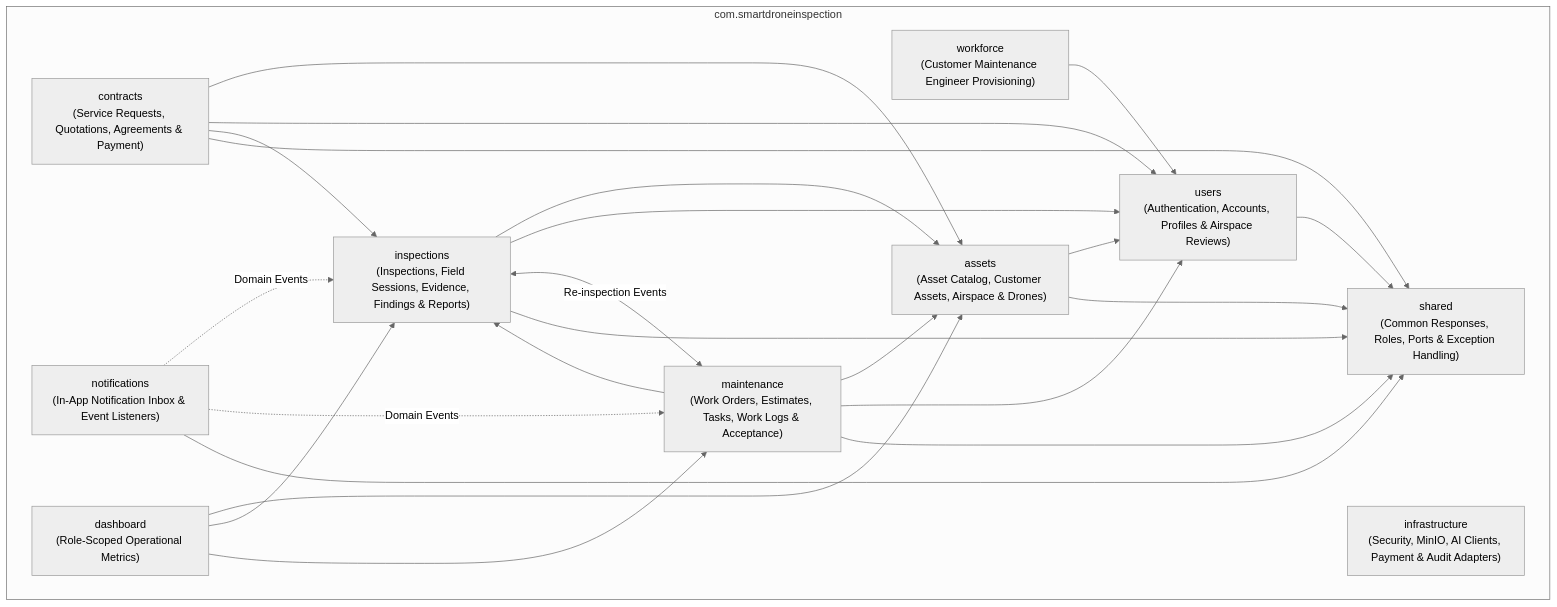
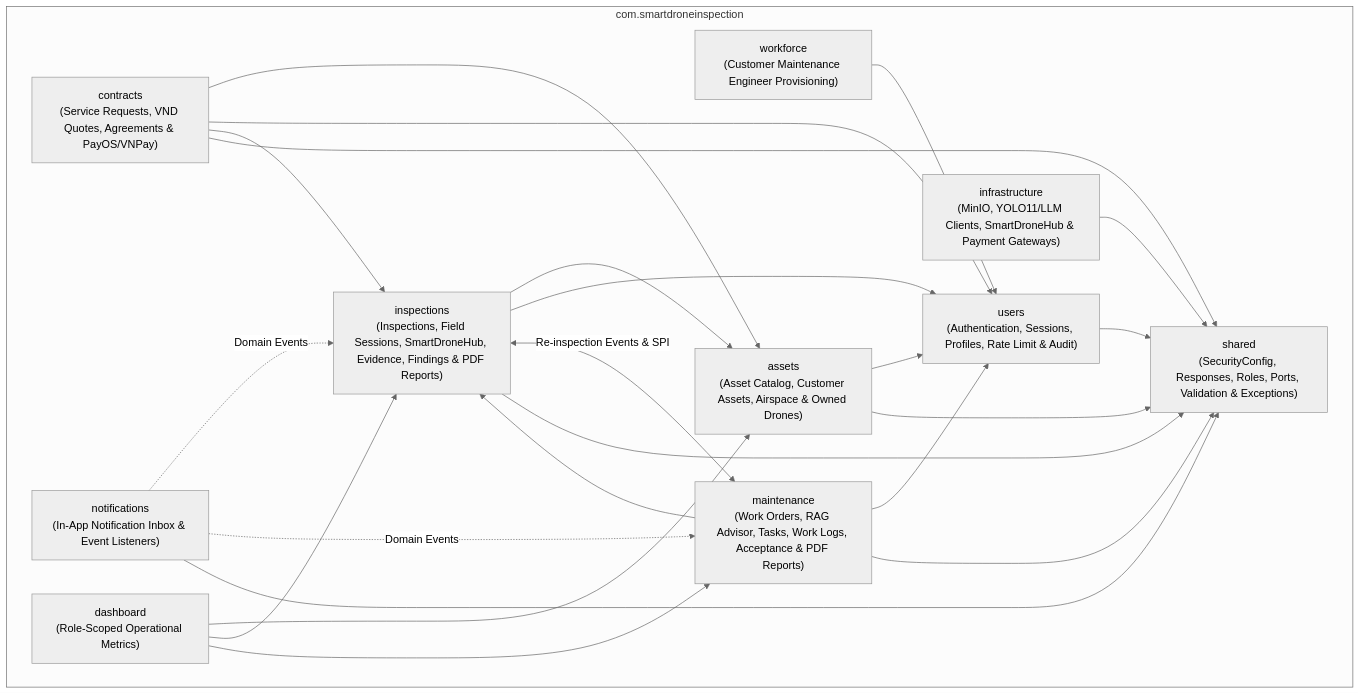
One commit to tungbach12/SmartDroneInspection-Docs changed the second of 4 diagrams in reports/report-4-software-design-document/01-system-design.md. Above: the diagram before and after it, drawn with Mermaid (neutral theme). The commit also changed other lines of this file and 132 other files, not shown here.

````diff
--- a/reports/report-4-software-design-document/01-system-design.md
+++ b/reports/report-4-software-design-document/01-system-design.md
@@ -91,39 +96,39 @@
 ```mermaid
 %% title: Backend Subsystem Package Diagram
 flowchart TD
   subgraph RootPkg["com.smartdroneinspection"]
-    USERS["users\n(Authentication, Accounts, Profiles & Airspace Reviews)"]
+    USERS["users\n(Authentication, Sessions, Profiles, Rate Limit & Audit)"]
     WORKFORCE["workforce\n(Customer Maintenance Engineer Provisioning)"]
-    CONTRACTS["contracts\n(Service Requests, Quotations, Agreements & Payment)"]
-    ASSETS["assets\n(Asset Catalog, Customer Assets, Airspace & Drones)"]
-    INSPECTIONS["inspections\n(Inspections, Field Sessions, Evidence, Findings & Reports)"]
-    MAINTENANCE["maintenance\n(Work Orders, Estimates, Tasks, Work Logs & Acceptance)"]
+    CONTRACTS["contracts\n(Service Requests, VND Quotes, Agreements & PayOS/VNPay)"]
+    ASSETS["assets\n(Asset Catalog, Customer Assets, Airspace & Owned Drones)"]
+    INSPECTIONS["inspections\n(Inspections, Field Sessions, SmartDroneHub, Evidence, Findings & PDF Reports)"]
+    MAINTENANCE["maintenance\n(Work Orders, RAG Advisor, Tasks, Work Logs, Acceptance & PDF Reports)"]
     NOTIFICATIONS["notifications\n(In-App Notification Inbox & Event Listeners)"]
     DASHBOARD["dashboard\n(Role-Scoped Operational Metrics)"]
-    INFRASTRUCTURE["infrastructure\n(Security, MinIO, AI Clients, Payment & Audit Adapters)"]
-    SHARED["shared\n(Common Responses, Roles, Ports & Exception Handling)"]
+    INFRASTRUCTURE["infrastructure\n(MinIO, YOLO11/LLM Clients, SmartDroneHub & Payment Gateways)"]
+    SHARED["shared\n(SecurityConfig, Responses, Roles, Ports, Validation & Exceptions)"]
   end
 
   WORKFORCE --> USERS
   CONTRACTS --> ASSETS
   CONTRACTS --> USERS
   CONTRACTS --> INSPECTIONS
   ASSETS --> USERS
   INSPECTIONS --> ASSETS
   INSPECTIONS --> USERS
   MAINTENANCE --> INSPECTIONS
-  MAINTENANCE --> ASSETS
   MAINTENANCE --> USERS
   NOTIFICATIONS -.->|"Domain Events"| INSPECTIONS
   NOTIFICATIONS -.->|"Domain Events"| MAINTENANCE
-  INSPECTIONS <-->|"Re-inspection Events"| MAINTENANCE
+  INSPECTIONS <-->|"Re-inspection Events & SPI"| MAINTENANCE
   DASHBOARD --> ASSETS
   DASHBOARD --> INSPECTIONS
   DASHBOARD --> MAINTENANCE
   USERS --> SHARED
   CONTRACTS --> SHARED
   ASSETS --> SHARED
   INSPECTIONS --> SHARED
   MAINTENANCE --> SHARED
   NOTIFICATIONS --> SHARED
+  INFRASTRUCTURE --> SHARED
 ```
````
